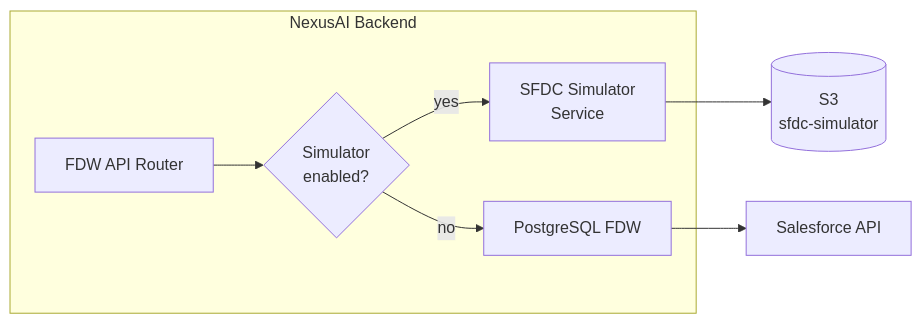
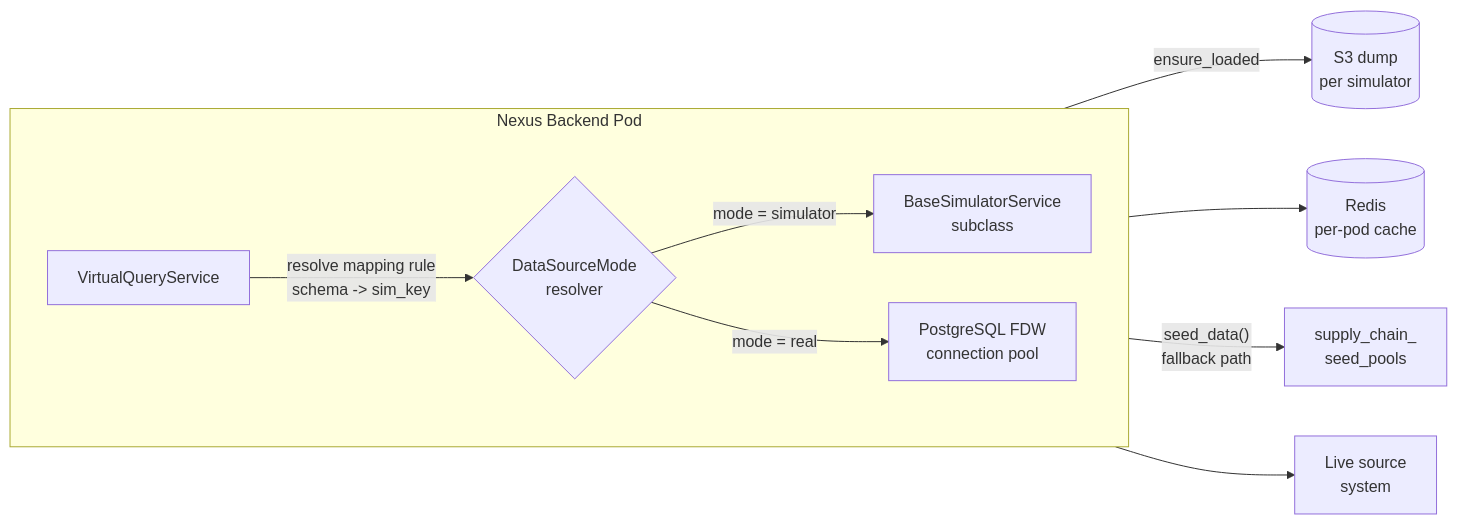
One commit to nexusdataai/nexus-docs changed the first of 5 diagrams in docs/simulators/index.md. Above: the diagram before and after it, drawn with Mermaid. The commit also changed other lines of this file, not shown here.

Commit message:
updated simulator document

````diff
--- a/docs/simulators/index.md
+++ b/docs/simulators/index.md
@@ -18,18 +39,23 @@
 ```mermaid
 flowchart LR
-    subgraph app [NexusAI Backend]
-        Router[FDW API Router]
-        Switch{Simulator<br/>enabled?}
-        Real[PostgreSQL FDW]
-        Sim[SFDC Simulator<br/>Service]
+    subgraph backend [Nexus Backend Pod]
+      direction LR
+      VDL[VirtualQueryService]
+      Mode{DataSourceMode<br/>resolver}
+      Sim[BaseSimulatorService<br/>subclass]
+      FDW[PostgreSQL FDW<br/>connection pool]
     end
 
-    S3[(S3<br/>sfdc-simulator)]
-    SFDC[Salesforce API]
+    Redis[(Redis<br/>per-pod cache)]
+    S3[(S3 dump<br/>per simulator)]
+    Live[Live source<br/>system]
+    Seed[supply_chain_<br/>seed_pools]
 
-    Router --> Switch
-    Switch -->|yes| Sim
-    Switch -->|no| Real
-    Sim --> S3
-    Real --> SFDC
+    VDL -->|"resolve mapping rule<br/>schema -> sim_key"| Mode
+    Mode -->|"mode = simulator"| Sim
+    Mode -->|"mode = real"| FDW
+    Sim -->|ensure_loaded| S3
+    Sim --> Redis
+    Sim -->|"seed_data()<br/>fallback path"| Seed
+    FDW --> Live
 ```
````
